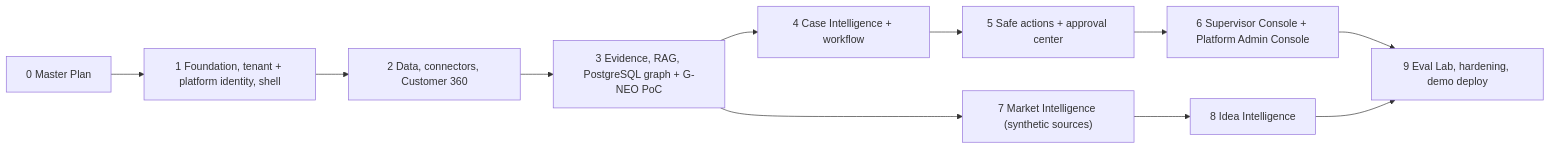
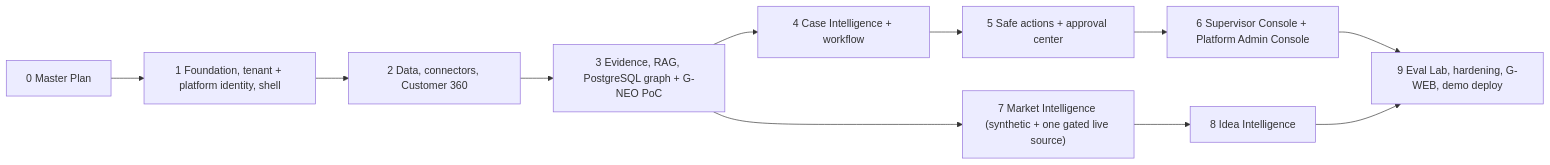
The eighth of 8 diagrams in docs/planning/MASTER_PLAN.md (moamedmer68-commits/Servio), drawn with Mermaid before and after one commit. The commit also changed other lines of this file and 2 other files, not shown here.

````diff
--- a/docs/planning/MASTER_PLAN.md
+++ b/docs/planning/MASTER_PLAN.md
@@ -2306,13 +2599,13 @@
 ```mermaid
 flowchart LR
     P0["0 Master Plan"] --> P1["1 Foundation, tenant + platform identity, shell"]
     P1 --> P2["2 Data, connectors, Customer 360"]
     P2 --> P3["3 Evidence, RAG, PostgreSQL graph + G-NEO PoC"]
     P3 --> P4["4 Case Intelligence + workflow"]
     P4 --> P5["5 Safe actions + approval center"]
     P5 --> P6["6 Supervisor Console + Platform Admin Console"]
-    P3 --> P7["7 Market Intelligence (synthetic sources)"]
+    P3 --> P7["7 Market Intelligence (synthetic + one gated live source)"]
     P7 --> P8["8 Idea Intelligence"]
-    P6 --> P9["9 Eval Lab, hardening, demo deploy"]
+    P6 --> P9["9 Eval Lab, hardening, G-WEB, demo deploy"]
     P8 --> P9
 ```
````
